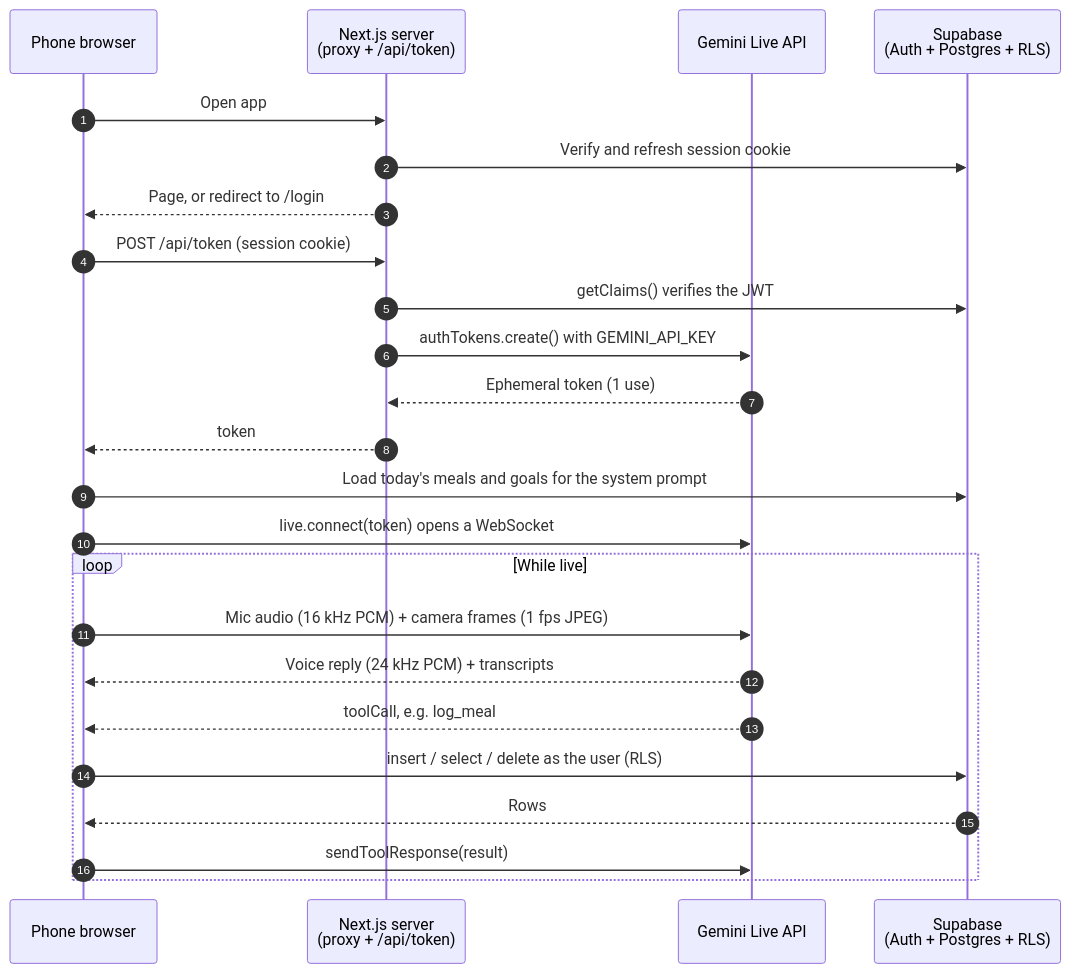
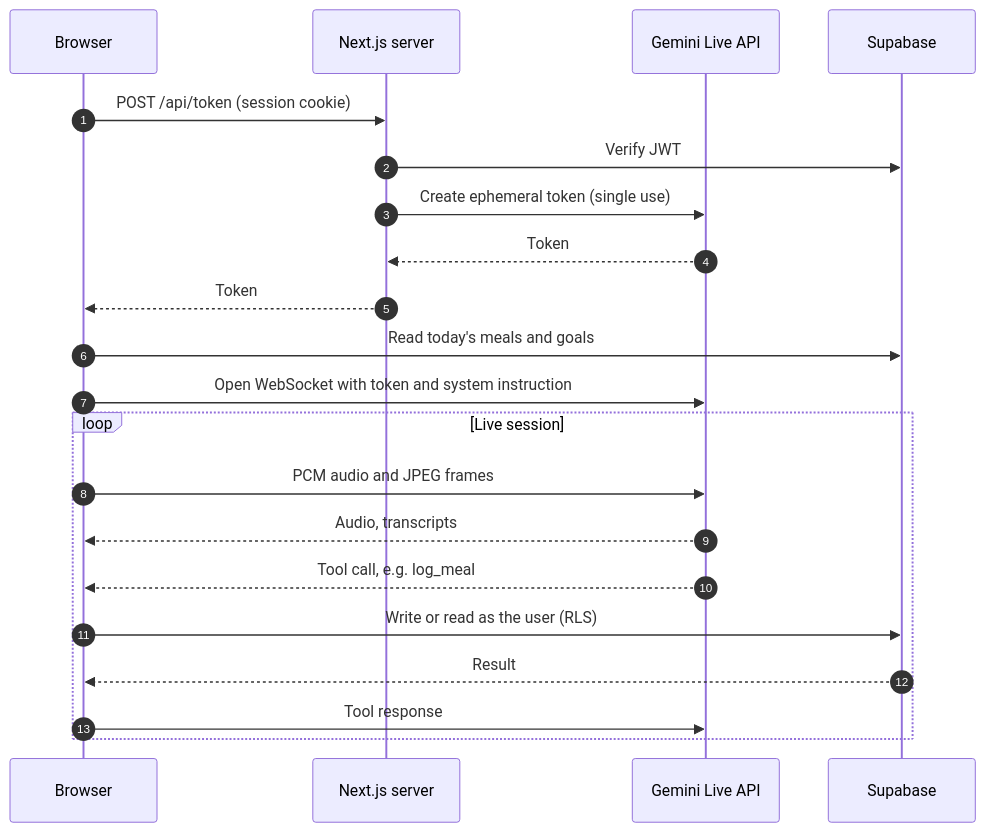
The second of 2 diagrams in README.md (krushna-sahu1/lensbite), drawn with Mermaid before and after one commit. The commit also changed other lines of this file, not shown here.

First line of the commit message:
docs: replace "How it works" with a full Architecture section

````diff
--- a/README.md
+++ b/README.md
@@ -105,29 +167,24 @@
 ```mermaid
 sequenceDiagram
     autonumber
-    participant B as Phone browser
-    participant P as Next.js server<br/>(proxy + /api/token)
+    participant B as Browser
+    participant N as Next.js server
     participant G as Gemini Live API
-    participant S as Supabase<br/>(Auth + Postgres + RLS)
+    participant S as Supabase
 
-    B->>P: Open app
-    P->>S: Verify and refresh session cookie
-    P-->>B: Page, or redirect to /login
-
-    B->>P: POST /api/token (session cookie)
-    P->>S: getClaims() verifies the JWT
-    P->>G: authTokens.create() with GEMINI_API_KEY
-    G-->>P: Ephemeral token (1 use)
-    P-->>B: token
-
-    B->>S: Load today's meals and goals for the system prompt
-    B->>G: live.connect(token) opens a WebSocket
-    loop While live
-        B->>G: Mic audio (16 kHz PCM) + camera frames (1 fps JPEG)
-        G-->>B: Voice reply (24 kHz PCM) + transcripts
-        G-->>B: toolCall, e.g. log_meal
-        B->>S: insert / select / delete as the user (RLS)
-        S-->>B: Rows
-        B->>G: sendToolResponse(result)
+    B->>N: POST /api/token (session cookie)
+    N->>S: Verify JWT
+    N->>G: Create ephemeral token (single use)
+    G-->>N: Token
+    N-->>B: Token
+    B->>S: Read today's meals and goals
+    B->>G: Open WebSocket with token and system instruction
+    loop Live session
+        B->>G: PCM audio and JPEG frames
+        G-->>B: Audio, transcripts
+        G-->>B: Tool call, e.g. log_meal
+        B->>S: Write or read as the user (RLS)
+        S-->>B: Result
+        B->>G: Tool response
     end
 ```
````
